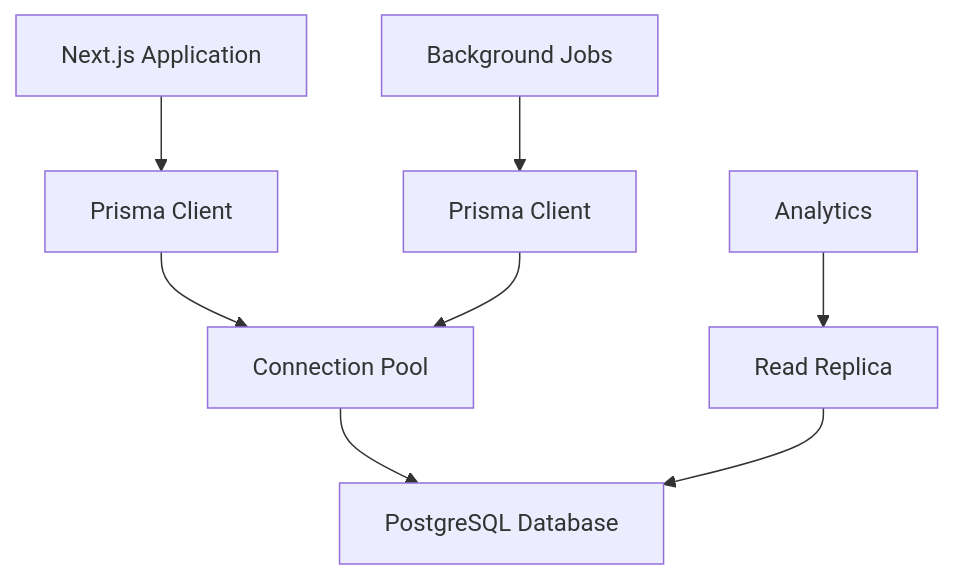
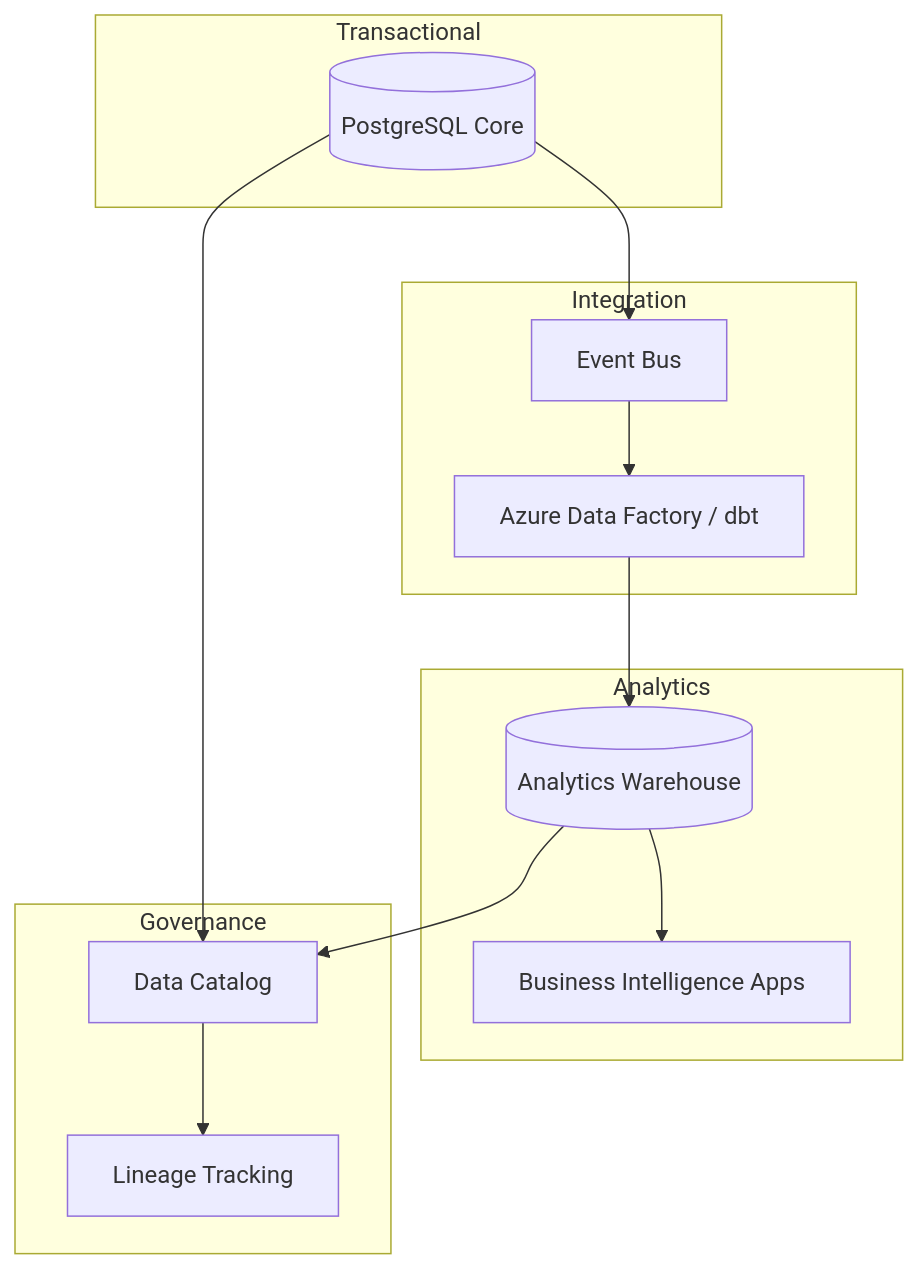
Before and after one commit to markus41/AdvisorOS: the diagram in docs/DATABASE.md, drawn with Mermaid. The commit also changed other lines of this file and 5 other files, not shown here.

````diff
--- a/docs/DATABASE.md
+++ b/docs/DATABASE.md
@@ -60,12 +51,26 @@
 ```mermaid
 graph TD
-    A[Next.js Application] --> B[Prisma Client]
-    B --> C[Connection Pool]
-    C --> D[PostgreSQL Database]
+  subgraph Transactional
+    App[(PostgreSQL Core)]
+  end
+  subgraph Integration
+    Events[Event Bus]
+    ELT[Azure Data Factory / dbt]
+  end
+  subgraph Analytics
+    Warehouse[(Analytics Warehouse)]
+    BI[Business Intelligence Apps]
+  end
+  subgraph Governance
+    Catalog[Data Catalog]
+    Lineage[Lineage Tracking]
+  end
 
-    E[Background Jobs] --> F[Prisma Client]
-    F --> C
-
-    G[Analytics] --> H[Read Replica]
-    H --> D
+  App --> Events
+  Events --> ELT
+  ELT --> Warehouse
+  Warehouse --> BI
+  App --> Catalog
+  Warehouse --> Catalog
+  Catalog --> Lineage
 ```
````
